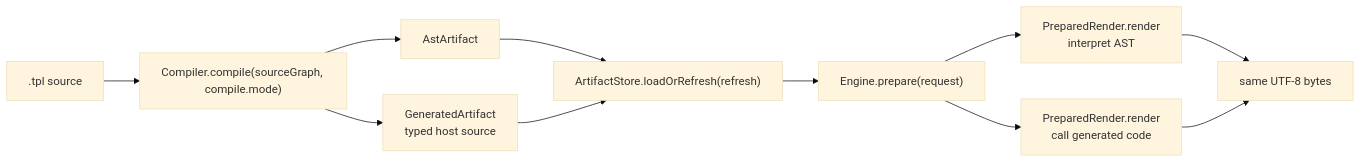
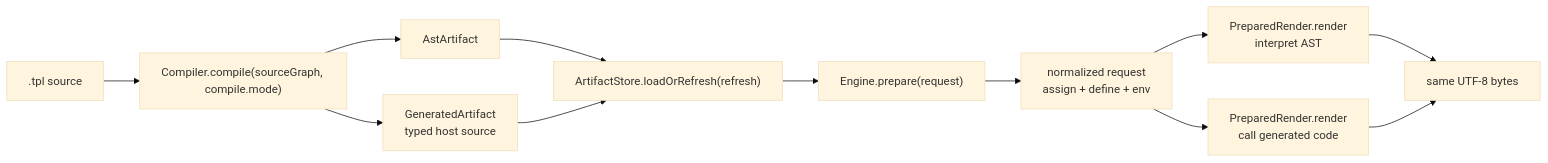
The fifth of 6 diagrams in docs/spec/runtime.md (polyspec/template), drawn with Mermaid (base theme) before and after one commit. The commit also changed other lines of this file and 14 other files, not shown here.

Commit message:
Unify generated render request preparation

````diff
--- a/docs/spec/runtime.md
+++ b/docs/spec/runtime.md
@@ -173,13 +173,14 @@
 ```mermaid
 flowchart LR
   Source[".tpl source"] --> Compiler["Compiler.compile(sourceGraph, compile.mode)"]
   Compiler --> ASTArtifact["AstArtifact"]
   Compiler --> GenArtifact["GeneratedArtifact<br/>typed host source"]
   ASTArtifact --> Store["ArtifactStore.loadOrRefresh(refresh)"]
   GenArtifact --> Store
   Store --> Prepared["Engine.prepare(request)"]
-  Prepared --> ASTRender["PreparedRender.render<br/>interpret AST"]
-  Prepared --> GenRender["PreparedRender.render<br/>call generated code"]
+  Prepared --> Normalized["normalized request<br/>assign + define + env"]
+  Normalized --> ASTRender["PreparedRender.render<br/>interpret AST"]
+  Normalized --> GenRender["PreparedRender.render<br/>call generated code"]
   ASTRender --> Bytes["same UTF-8 bytes"]
   GenRender --> Bytes
 ```
````
